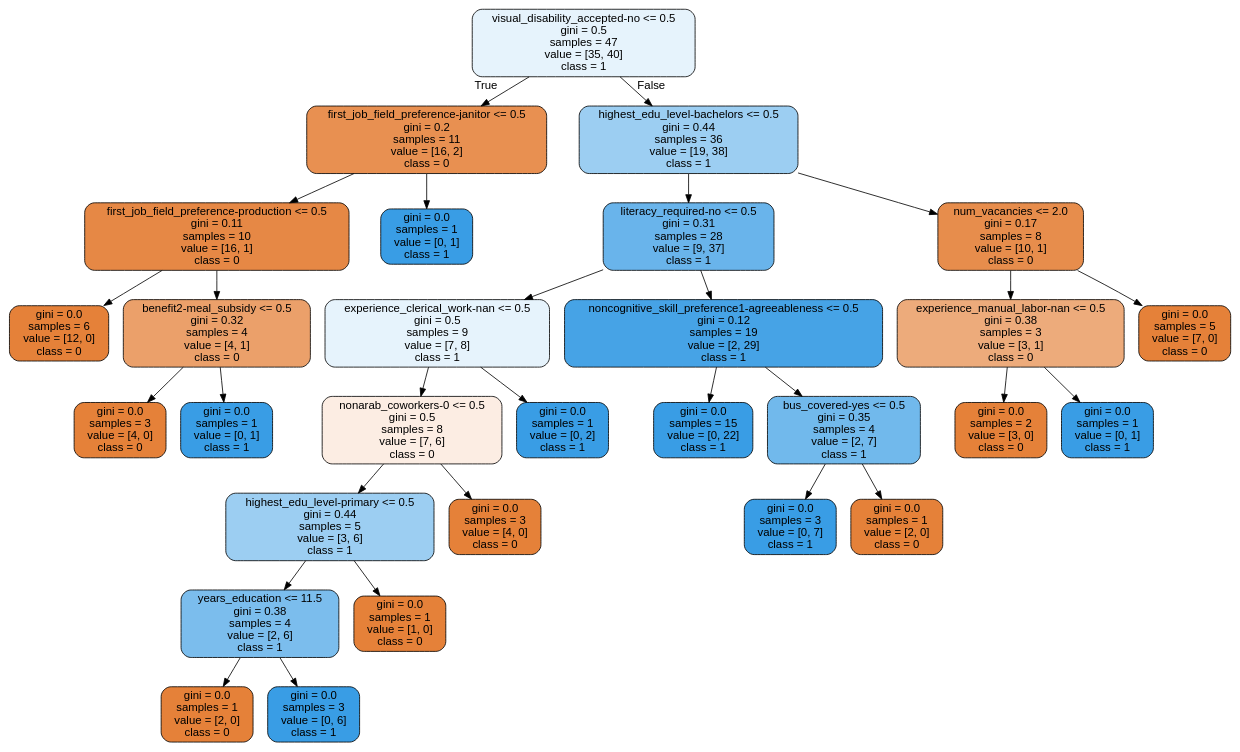
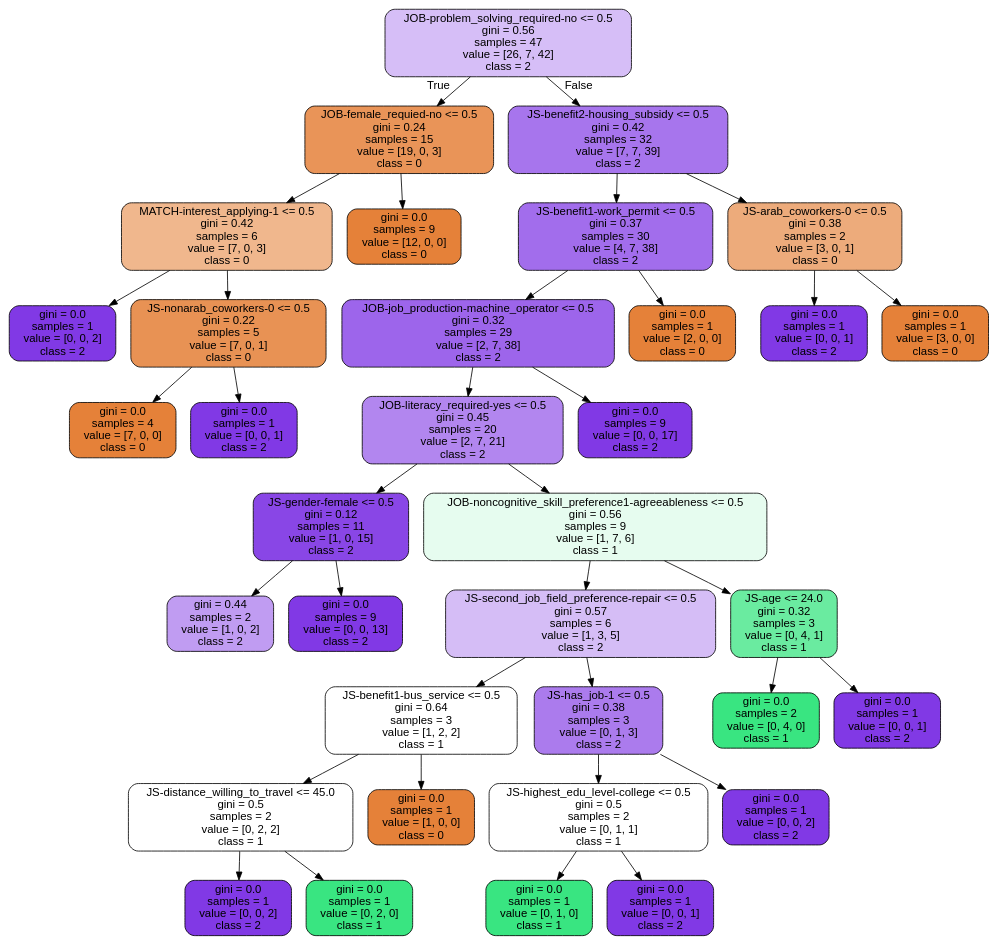
The diagram in tree.dot (theirc/tashbeek), drawn with Graphviz before and after one commit. The commit also changed 2 other files, not shown here.

```diff
--- a/tree.dot
+++ b/tree.dot
@@ -1,61 +1,73 @@
 digraph Tree {
 node [shape=box, style="filled, rounded", color="black", fontname=helvetica] ;
 edge [fontname=helvetica] ;
-0 [label="visual_disability_accepted-no <= 0.5\ngini = 0.5\nsamples = 47\nvalue = [35, 40]\nclass = 1", fillcolor="#399de520"] ;
-1 [label="first_job_field_preference-janitor <= 0.5\ngini = 0.2\nsamples = 11\nvalue = [16, 2]\nclass = 0", fillcolor="#e58139df"] ;
+0 [label="JOB-problem_solving_required-no <= 0.5\ngini = 0.56\nsamples = 47\nvalue = [26, 7, 42]\nclass = 2", fillcolor="#8139e553"] ;
+1 [label="JOB-female_requied-no <= 0.5\ngini = 0.24\nsamples = 15\nvalue = [19, 0, 3]\nclass = 0", fillcolor="#e58139d7"] ;
 0 -> 1 [labeldistance=2.5, labelangle=45, headlabel="True"] ;
-2 [label="first_job_field_preference-production <= 0.5\ngini = 0.11\nsamples = 10\nvalue = [16, 1]\nclass = 0", fillcolor="#e58139ef"] ;
+2 [label="MATCH-interest_applying-1 <= 0.5\ngini = 0.42\nsamples = 6\nvalue = [7, 0, 3]\nclass = 0", fillcolor="#e5813992"] ;
 1 -> 2 ;
-3 [label="gini = 0.0\nsamples = 6\nvalue = [12, 0]\nclass = 0", fillcolor="#e58139ff"] ;
+3 [label="gini = 0.0\nsamples = 1\nvalue = [0, 0, 2]\nclass = 2", fillcolor="#8139e5ff"] ;
 2 -> 3 ;
-4 [label="benefit2-meal_subsidy <= 0.5\ngini = 0.32\nsamples = 4\nvalue = [4, 1]\nclass = 0", fillcolor="#e58139bf"] ;
+4 [label="JS-nonarab_coworkers-0 <= 0.5\ngini = 0.22\nsamples = 5\nvalue = [7, 0, 1]\nclass = 0", fillcolor="#e58139db"] ;
 2 -> 4 ;
-5 [label="gini = 0.0\nsamples = 3\nvalue = [4, 0]\nclass = 0", fillcolor="#e58139ff"] ;
+5 [label="gini = 0.0\nsamples = 4\nvalue = [7, 0, 0]\nclass = 0", fillcolor="#e58139ff"] ;
 4 -> 5 ;
-6 [label="gini = 0.0\nsamples = 1\nvalue = [0, 1]\nclass = 1", fillcolor="#399de5ff"] ;
+6 [label="gini = 0.0\nsamples = 1\nvalue = [0, 0, 1]\nclass = 2", fillcolor="#8139e5ff"] ;
 4 -> 6 ;
-7 [label="gini = 0.0\nsamples = 1\nvalue = [0, 1]\nclass = 1", fillcolor="#399de5ff"] ;
+7 [label="gini = 0.0\nsamples = 9\nvalue = [12, 0, 0]\nclass = 0", fillcolor="#e58139ff"] ;
 1 -> 7 ;
-8 [label="highest_edu_level-bachelors <= 0.5\ngini = 0.44\nsamples = 36\nvalue = [19, 38]\nclass = 1", fillcolor="#399de57f"] ;
+8 [label="JS-benefit2-housing_subsidy <= 0.5\ngini = 0.42\nsamples = 32\nvalue = [7, 7, 39]\nclass = 2", fillcolor="#8139e5b1"] ;
 0 -> 8 [labeldistance=2.5, labelangle=-45, headlabel="False"] ;
-9 [label="literacy_required-no <= 0.5\ngini = 0.31\nsamples = 28\nvalue = [9, 37]\nclass = 1", fillcolor="#399de5c1"] ;
+9 [label="JS-benefit1-work_permit <= 0.5\ngini = 0.37\nsamples = 30\nvalue = [4, 7, 38]\nclass = 2", fillcolor="#8139e5bc"] ;
 8 -> 9 ;
-10 [label="experience_clerical_work-nan <= 0.5\ngini = 0.5\nsamples = 9\nvalue = [7, 8]\nclass = 1", fillcolor="#399de520"] ;
+10 [label="JOB-job_production-machine_operator <= 0.5\ngini = 0.32\nsamples = 29\nvalue = [2, 7, 38]\nclass = 2", fillcolor="#8139e5c6"] ;
 9 -> 10 ;
-11 [label="nonarab_coworkers-0 <= 0.5\ngini = 0.5\nsamples = 8\nvalue = [7, 6]\nclass = 0", fillcolor="#e5813924"] ;
+11 [label="JOB-literacy_required-yes <= 0.5\ngini = 0.45\nsamples = 20\nvalue = [2, 7, 21]\nclass = 2", fillcolor="#8139e59b"] ;
 10 -> 11 ;
-12 [label="highest_edu_level-primary <= 0.5\ngini = 0.44\nsamples = 5\nvalue = [3, 6]\nclass = 1", fillcolor="#399de57f"] ;
+12 [label="JS-gender-female <= 0.5\ngini = 0.12\nsamples = 11\nvalue = [1, 0, 15]\nclass = 2", fillcolor="#8139e5ee"] ;
 11 -> 12 ;
-13 [label="years_education <= 11.5\ngini = 0.38\nsamples = 4\nvalue = [2, 6]\nclass = 1", fillcolor="#399de5aa"] ;
+13 [label="gini = 0.44\nsamples = 2\nvalue = [1, 0, 2]\nclass = 2", fillcolor="#8139e57f"] ;
 12 -> 13 ;
-14 [label="gini = 0.0\nsamples = 1\nvalue = [2, 0]\nclass = 0", fillcolor="#e58139ff"] ;
-13 -> 14 ;
-15 [label="gini = 0.0\nsamples = 3\nvalue = [0, 6]\nclass = 1", fillcolor="#399de5ff"] ;
-13 -> 15 ;
-16 [label="gini = 0.0\nsamples = 1\nvalue = [1, 0]\nclass = 0", fillcolor="#e58139ff"] ;
-12 -> 16 ;
-17 [label="gini = 0.0\nsamples = 3\nvalue = [4, 0]\nclass = 0", fillcolor="#e58139ff"] ;
-11 -> 17 ;
-18 [label="gini = 0.0\nsamples = 1\nvalue = [0, 2]\nclass = 1", fillcolor="#399de5ff"] ;
-10 -> 18 ;
-19 [label="noncognitive_skill_preference1-agreeableness <= 0.5\ngini = 0.12\nsamples = 19\nvalue = [2, 29]\nclass = 1", fillcolor="#399de5ed"] ;
-9 -> 19 ;
-20 [label="gini = 0.0\nsamples = 15\nvalue = [0, 22]\nclass = 1", fillcolor="#399de5ff"] ;
-19 -> 20 ;
-21 [label="bus_covered-yes <= 0.5\ngini = 0.35\nsamples = 4\nvalue = [2, 7]\nclass = 1", fillcolor="#399de5b6"] ;
-19 -> 21 ;
-22 [label="gini = 0.0\nsamples = 3\nvalue = [0, 7]\nclass = 1", fillcolor="#399de5ff"] ;
-21 -> 22 ;
-23 [label="gini = 0.0\nsamples = 1\nvalue = [2, 0]\nclass = 0", fillcolor="#e58139ff"] ;
-21 -> 23 ;
-24 [label="num_vacancies <= 2.0\ngini = 0.17\nsamples = 8\nvalue = [10, 1]\nclass = 0", fillcolor="#e58139e6"] ;
-8 -> 24 ;
-25 [label="experience_manual_labor-nan <= 0.5\ngini = 0.38\nsamples = 3\nvalue = [3, 1]\nclass = 0", fillcolor="#e58139aa"] ;
-24 -> 25 ;
-26 [label="gini = 0.0\nsamples = 2\nvalue = [3, 0]\nclass = 0", fillcolor="#e58139ff"] ;
-25 -> 26 ;
-27 [label="gini = 0.0\nsamples = 1\nvalue = [0, 1]\nclass = 1", fillcolor="#399de5ff"] ;
-25 -> 27 ;
-28 [label="gini = 0.0\nsamples = 5\nvalue = [7, 0]\nclass = 0", fillcolor="#e58139ff"] ;
-24 -> 28 ;
+14 [label="gini = 0.0\nsamples = 9\nvalue = [0, 0, 13]\nclass = 2", fillcolor="#8139e5ff"] ;
+12 -> 14 ;
+15 [label="JOB-noncognitive_skill_preference1-agreeableness <= 0.5\ngini = 0.56\nsamples = 9\nvalue = [1, 7, 6]\nclass = 1", fillcolor="#39e58120"] ;
+11 -> 15 ;
+16 [label="JS-second_job_field_preference-repair <= 0.5\ngini = 0.57\nsamples = 6\nvalue = [1, 3, 5]\nclass = 2", fillcolor="#8139e555"] ;
+15 -> 16 ;
+17 [label="JS-benefit1-bus_service <= 0.5\ngini = 0.64\nsamples = 3\nvalue = [1, 2, 2]\nclass = 1", fillcolor="#39e58100"] ;
+16 -> 17 ;
+18 [label="JS-distance_willing_to_travel <= 45.0\ngini = 0.5\nsamples = 2\nvalue = [0, 2, 2]\nclass = 1", fillcolor="#39e58100"] ;
+17 -> 18 ;
+19 [label="gini = 0.0\nsamples = 1\nvalue = [0, 0, 2]\nclass = 2", fillcolor="#8139e5ff"] ;
+18 -> 19 ;
+20 [label="gini = 0.0\nsamples = 1\nvalue = [0, 2, 0]\nclass = 1", fillcolor="#39e581ff"] ;
+18 -> 20 ;
+21 [label="gini = 0.0\nsamples = 1\nvalue = [1, 0, 0]\nclass = 0", fillcolor="#e58139ff"] ;
+17 -> 21 ;
+22 [label="JS-has_job-1 <= 0.5\ngini = 0.38\nsamples = 3\nvalue = [0, 1, 3]\nclass = 2", fillcolor="#8139e5aa"] ;
+16 -> 22 ;
+23 [label="JS-highest_edu_level-college <= 0.5\ngini = 0.5\nsamples = 2\nvalue = [0, 1, 1]\nclass = 1", fillcolor="#39e58100"] ;
+22 -> 23 ;
+24 [label="gini = 0.0\nsamples = 1\nvalue = [0, 1, 0]\nclass = 1", fillcolor="#39e581ff"] ;
+23 -> 24 ;
+25 [label="gini = 0.0\nsamples = 1\nvalue = [0, 0, 1]\nclass = 2", fillcolor="#8139e5ff"] ;
+23 -> 25 ;
+26 [label="gini = 0.0\nsamples = 1\nvalue = [0, 0, 2]\nclass = 2", fillcolor="#8139e5ff"] ;
+22 -> 26 ;
+27 [label="JS-age <= 24.0\ngini = 0.32\nsamples = 3\nvalue = [0, 4, 1]\nclass = 1", fillcolor="#39e581bf"] ;
+15 -> 27 ;
+28 [label="gini = 0.0\nsamples = 2\nvalue = [0, 4, 0]\nclass = 1", fillcolor="#39e581ff"] ;
+27 -> 28 ;
+29 [label="gini = 0.0\nsamples = 1\nvalue = [0, 0, 1]\nclass = 2", fillcolor="#8139e5ff"] ;
+27 -> 29 ;
+30 [label="gini = 0.0\nsamples = 9\nvalue = [0, 0, 17]\nclass = 2", fillcolor="#8139e5ff"] ;
+10 -> 30 ;
+31 [label="gini = 0.0\nsamples = 1\nvalue = [2, 0, 0]\nclass = 0", fillcolor="#e58139ff"] ;
+9 -> 31 ;
+32 [label="JS-arab_coworkers-0 <= 0.5\ngini = 0.38\nsamples = 2\nvalue = [3, 0, 1]\nclass = 0", fillcolor="#e58139aa"] ;
+8 -> 32 ;
+33 [label="gini = 0.0\nsamples = 1\nvalue = [0, 0, 1]\nclass = 2", fillcolor="#8139e5ff"] ;
+32 -> 33 ;
+34 [label="gini = 0.0\nsamples = 1\nvalue = [3, 0, 0]\nclass = 0", fillcolor="#e58139ff"] ;
+32 -> 34 ;
 }
```
